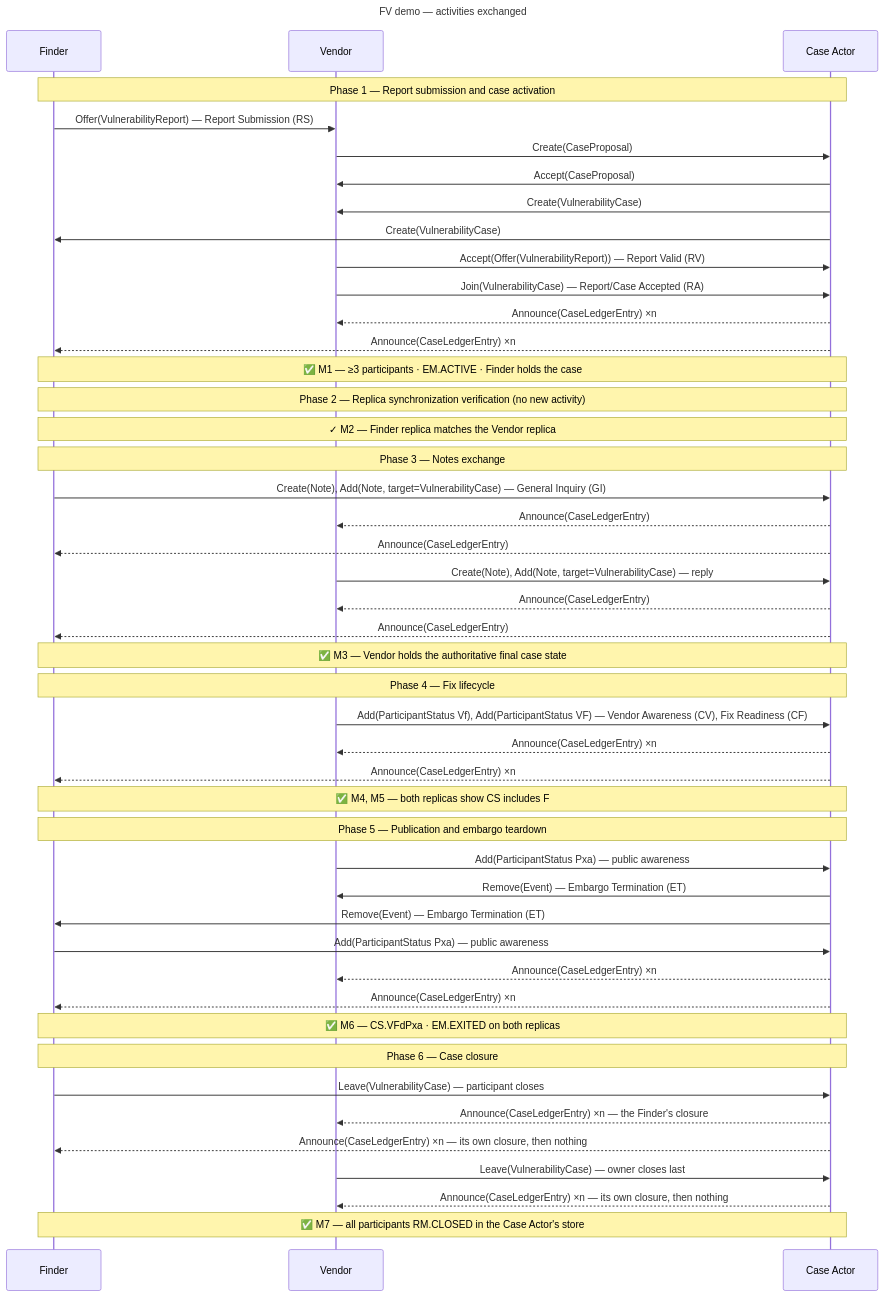
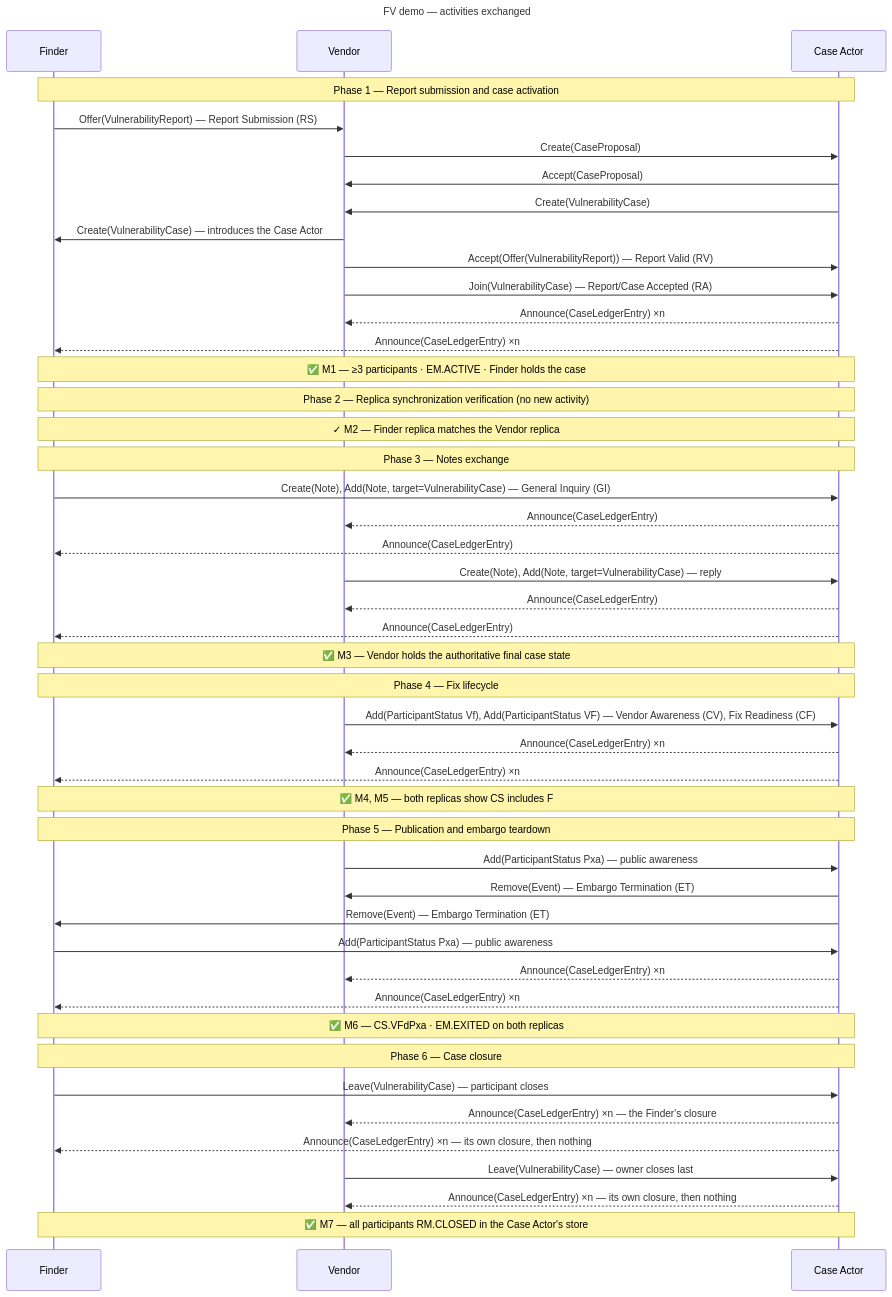
One commit to CERTCC/Vultron changed the diagram in docs/reference/fv-demo-protocol.md. Above: the diagram before and after it, drawn with Mermaid.

Commit message:
docs: sync docs/ for PR #4630
The fv demo sequence diagram draws the Vendor's introduction of the Case
Actor to the Finder, not a Case Actor Create to the Finder (ADR-0132).

````diff
--- a/docs/reference/fv-demo-protocol.md
+++ b/docs/reference/fv-demo-protocol.md
@@ -49,56 +49,56 @@
 ```mermaid
 ---
 title: FV demo — activities exchanged
 ---
 sequenceDiagram
     participant F as Finder
     participant V as Vendor
     participant CA as Case Actor
 
     note over F,CA: Phase 1 — Report submission and case activation
     F->>V: Offer(VulnerabilityReport) — Report Submission (RS)
     V->>CA: Create(CaseProposal)
     CA->>V: Accept(CaseProposal)
     CA->>V: Create(VulnerabilityCase)
-    CA->>F: Create(VulnerabilityCase)
+    V->>F: Create(VulnerabilityCase) — introduces the Case Actor
     V->>CA: Accept(Offer(VulnerabilityReport)) — Report Valid (RV)
     V->>CA: Join(VulnerabilityCase) — Report/Case Accepted (RA)
     CA-->>V: Announce(CaseLedgerEntry) ×n
     CA-->>F: Announce(CaseLedgerEntry) ×n
     note over F,CA: ✅ M1 — ≥3 participants · EM.ACTIVE · Finder holds the case
 
     note over F,CA: Phase 2 — Replica synchronization verification (no new activity)
     note over F,CA: ✓ M2 — Finder replica matches the Vendor replica
 
     note over F,CA: Phase 3 — Notes exchange
     F->>CA: Create(Note), Add(Note, target=VulnerabilityCase) — General Inquiry (GI)
     CA-->>V: Announce(CaseLedgerEntry)
     CA-->>F: Announce(CaseLedgerEntry)
     V->>CA: Create(Note), Add(Note, target=VulnerabilityCase) — reply
     CA-->>V: Announce(CaseLedgerEntry)
     CA-->>F: Announce(CaseLedgerEntry)
     note over F,CA: ✅ M3 — Vendor holds the authoritative final case state
 
     note over F,CA: Phase 4 — Fix lifecycle
     V->>CA: Add(ParticipantStatus Vf), Add(ParticipantStatus VF) — Vendor Awareness (CV), Fix Readiness (CF)
     CA-->>V: Announce(CaseLedgerEntry) ×n
     CA-->>F: Announce(CaseLedgerEntry) ×n
     note over F,CA: ✅ M4, M5 — both replicas show CS includes F
 
     note over F,CA: Phase 5 — Publication and embargo teardown
     V->>CA: Add(ParticipantStatus Pxa) — public awareness
     CA->>V: Remove(Event) — Embargo Termination (ET)
     CA->>F: Remove(Event) — Embargo Termination (ET)
     F->>CA: Add(ParticipantStatus Pxa) — public awareness
     CA-->>V: Announce(CaseLedgerEntry) ×n
     CA-->>F: Announce(CaseLedgerEntry) ×n
     note over F,CA: ✅ M6 — CS.VFdPxa · EM.EXITED on both replicas
 
     note over F,CA: Phase 6 — Case closure
     F->>CA: Leave(VulnerabilityCase) — participant closes
     CA-->>V: Announce(CaseLedgerEntry) ×n — the Finder's closure
     CA-->>F: Announce(CaseLedgerEntry) ×n — its own closure, then nothing
     V->>CA: Leave(VulnerabilityCase) — owner closes last
     CA-->>V: Announce(CaseLedgerEntry) ×n — its own closure, then nothing
     note over F,CA: ✅ M7 — all participants RM.CLOSED in the Case Actor's store
 ```
````
